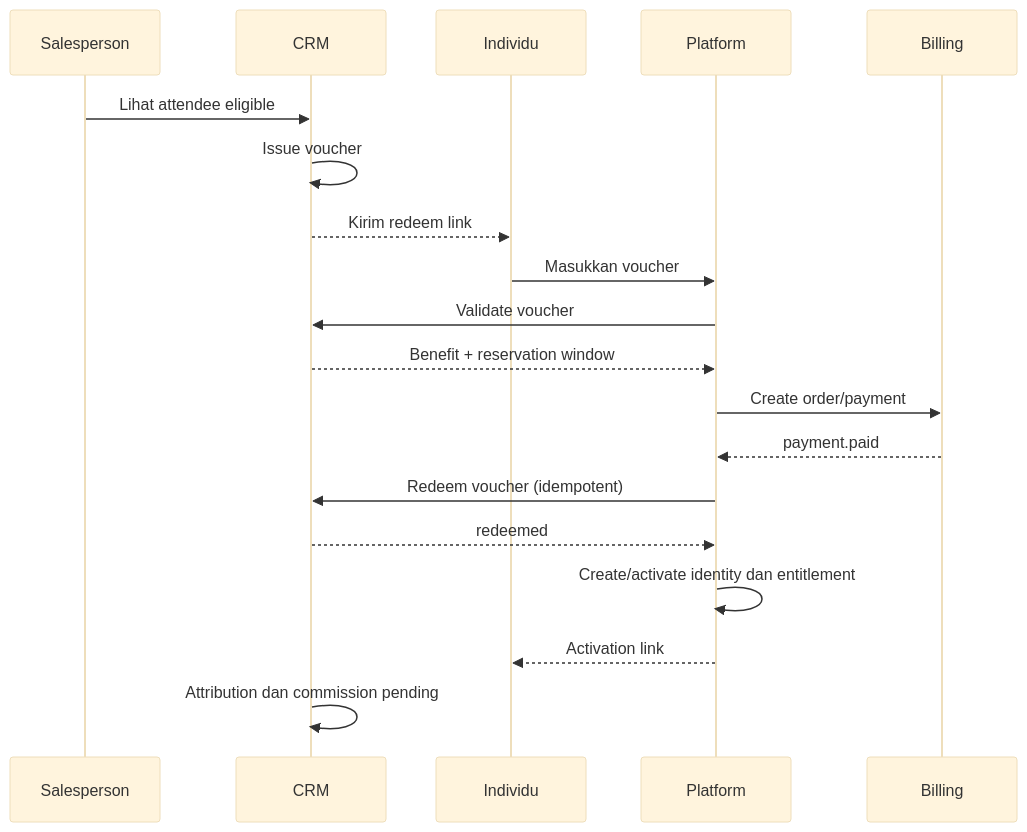
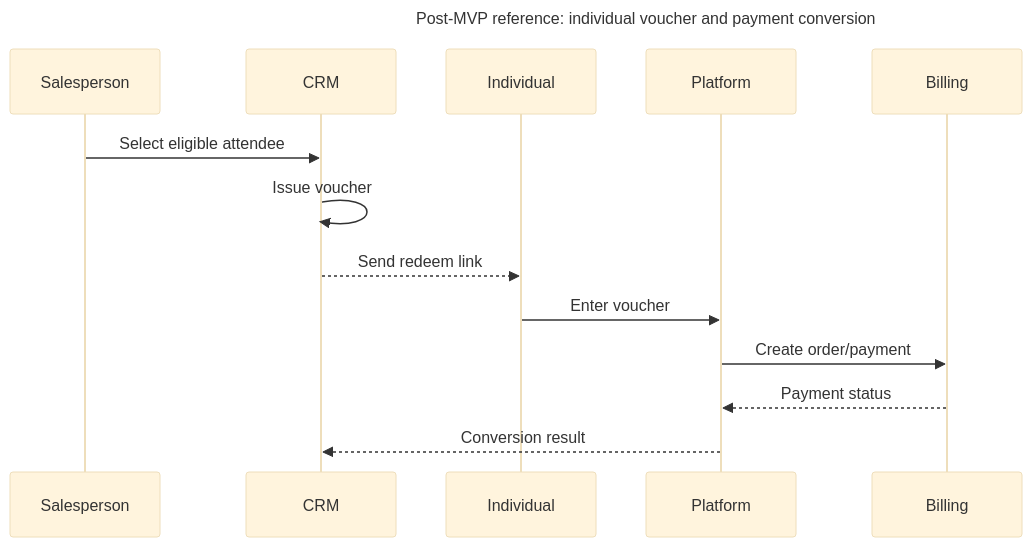
Before and after one commit to izestylusx/crm-sales-webinar-voucher: the diagram in diagrams/individual-flow.mmd, drawn with Mermaid (base theme). The commit also changed 50 other files, not shown here.

Commit message:
Rebaseline MVP around webinar management

```diff
--- a/diagrams/individual-flow.mmd
+++ b/diagrams/individual-flow.mmd
@@ -1,20 +1,16 @@
+%% POST-MVP REFERENCE - not part of the active Webinar-first MVP.
 sequenceDiagram
+    title Post-MVP reference: individual voucher and payment conversion
     participant SP as Salesperson
     participant CRM as CRM
-    participant U as Individu
+    participant U as Individual
     participant PLAT as Platform
     participant BILL as Billing
 
-    SP->>CRM: Lihat attendee eligible
+    SP->>CRM: Select eligible attendee
     CRM->>CRM: Issue voucher
-    CRM-->>U: Kirim redeem link
-    U->>PLAT: Masukkan voucher
-    PLAT->>CRM: Validate voucher
-    CRM-->>PLAT: Benefit + reservation window
+    CRM-->>U: Send redeem link
+    U->>PLAT: Enter voucher
     PLAT->>BILL: Create order/payment
-    BILL-->>PLAT: payment.paid
-    PLAT->>CRM: Redeem voucher (idempotent)
-    CRM-->>PLAT: redeemed
-    PLAT->>PLAT: Create/activate identity dan entitlement
-    PLAT-->>U: Activation link
-    CRM->>CRM: Attribution dan commission pending
+    BILL-->>PLAT: Payment status
+    PLAT-->>CRM: Conversion result
```
